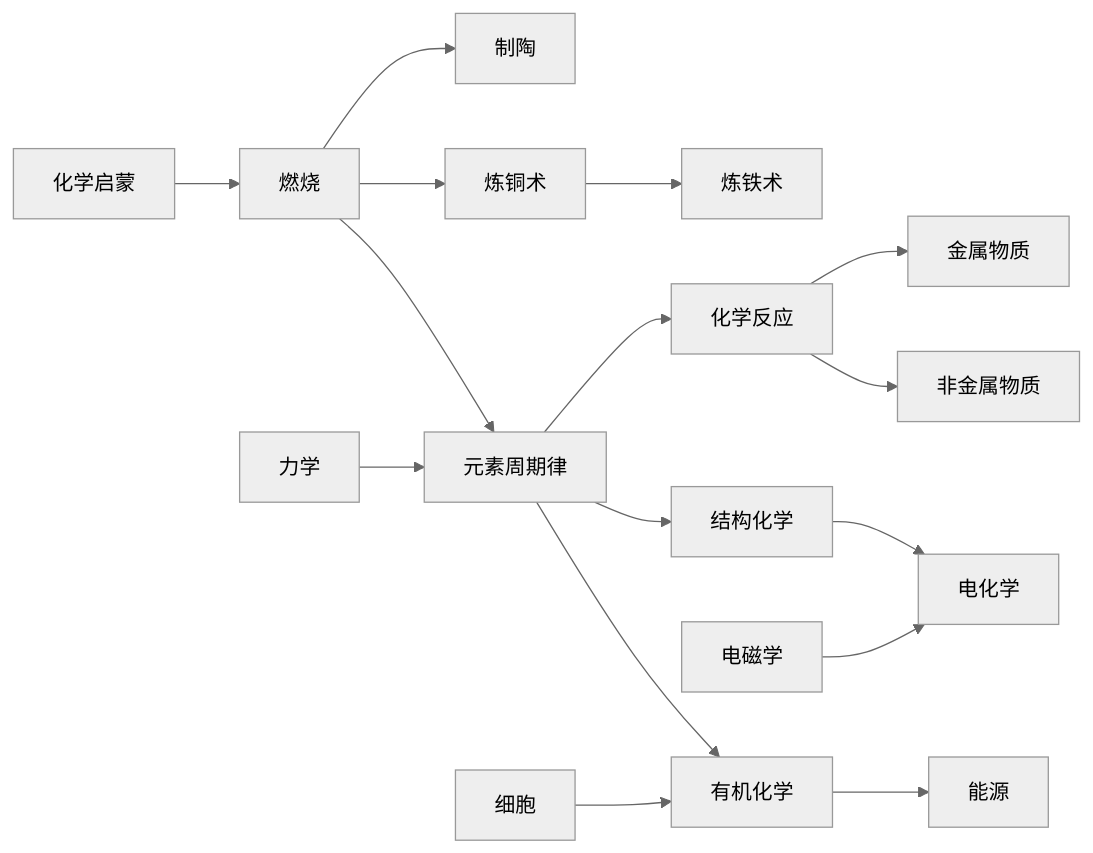
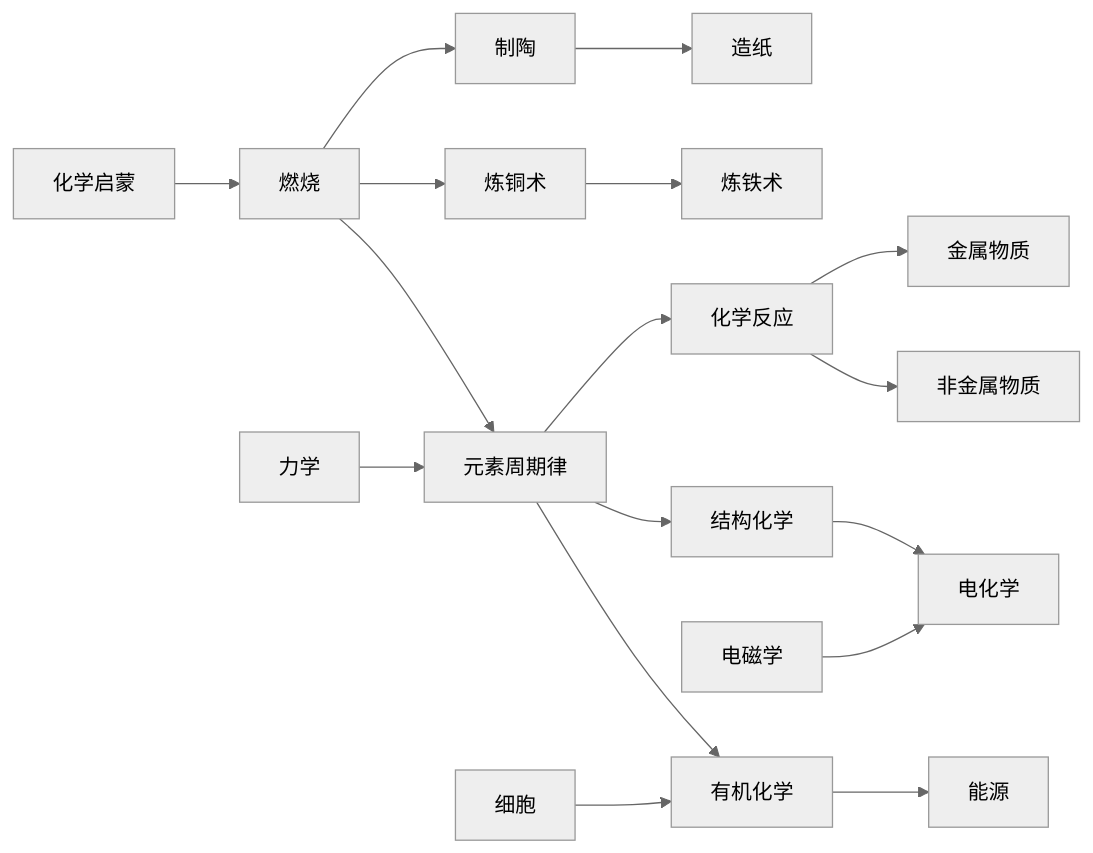
Before and after one commit to SuperABC/Farm: the fourth of 11 diagrams in Rule.md, drawn with Mermaid (neutral theme). The commit also changed other lines of this file, not shown here.

````diff
--- a/Rule.md
+++ b/Rule.md
@@ -380,20 +442,21 @@
 ```mermaid
 graph LR;
 
 化学启蒙
 化学启蒙-->燃烧
 燃烧-->制陶
+制陶-->造纸
 燃烧-->炼铜术
 炼铜术-->炼铁术
 力学-->元素周期律
 燃烧-->元素周期律
 元素周期律-->化学反应
 化学反应-->金属物质
 化学反应-->非金属物质
 元素周期律-->结构化学
 细胞-->有机化学
 元素周期律-->有机化学
 电磁学-->电化学
 结构化学-->电化学
 有机化学-->能源
 ```
````
